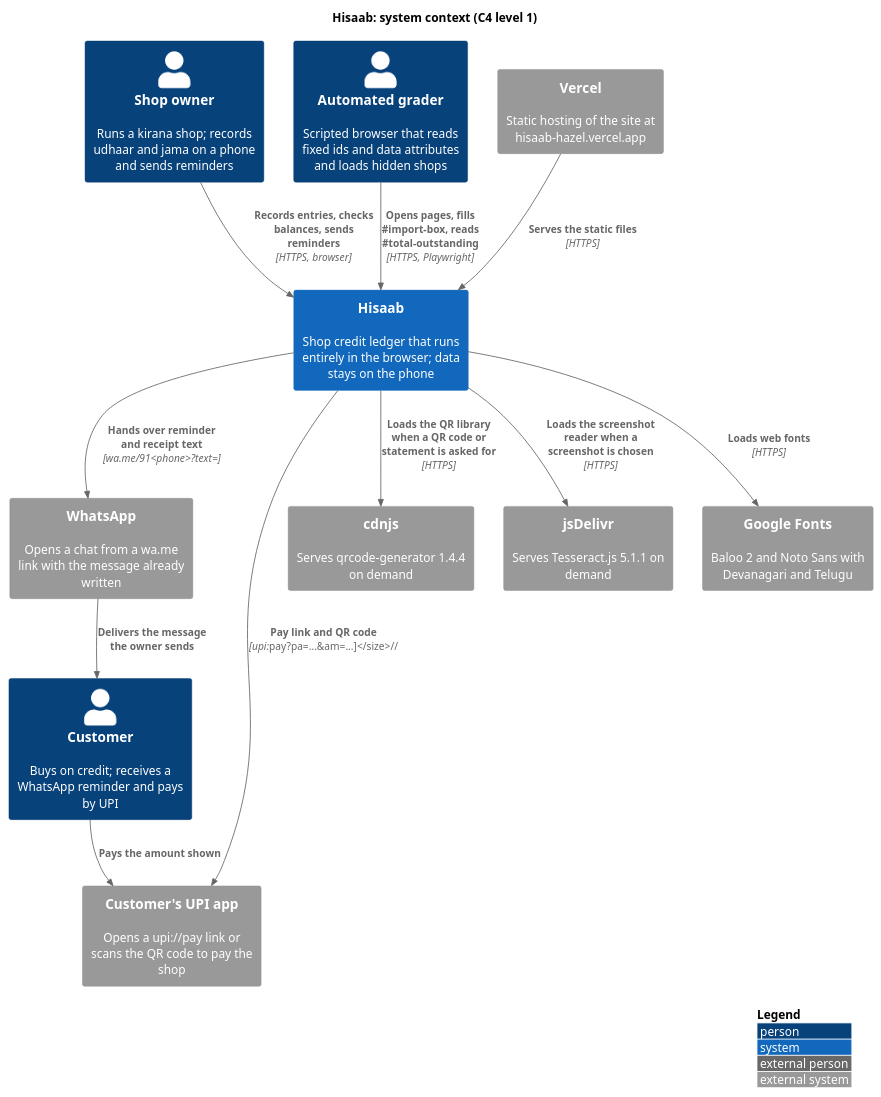
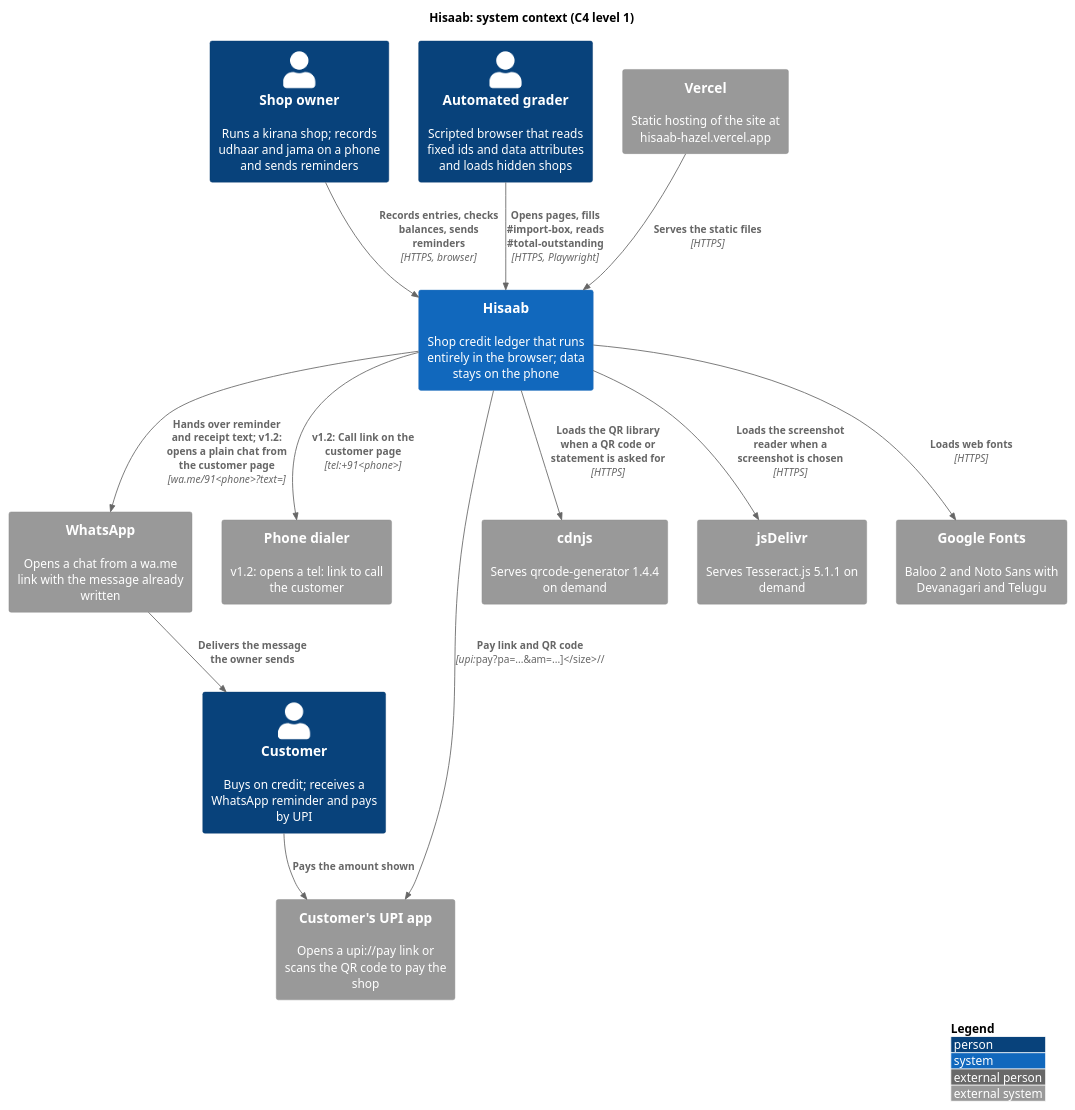
The diagram in docs/diagrams/c4-context.puml (karwasanjay007/hisaab-docs), drawn with PlantUML before and after one commit. The commit also changed 14 other files, not shown here.

First line of the commit message:
Documents checked against the code: diagrams, journeys, requirements and epics corrected to version 1.2.0.0

```diff
--- a/docs/diagrams/c4-context.puml
+++ b/docs/diagrams/c4-context.puml
@@ -1,30 +1,32 @@
 @startuml c4-context
 !include <C4/C4_Context>
 title Hisaab: system context (C4 level 1)
 
 Person(owner, "Shop owner", "Runs a kirana shop; records udhaar and jama on a phone and sends reminders")
 Person(customer, "Customer", "Buys on credit; receives a WhatsApp reminder and pays by UPI")
 Person(grader, "Automated grader", "Scripted browser that reads fixed ids and data attributes and loads hidden shops")
 
 System(hisaab, "Hisaab", "Shop credit ledger that runs entirely in the browser; data stays on the phone")
 
 System_Ext(whatsapp, "WhatsApp", "Opens a chat from a wa.me link with the message already written")
+System_Ext(dialer, "Phone dialer", "v1.2: opens a tel: link to call the customer")
 System_Ext(upi, "Customer's UPI app", "Opens a upi://pay link or scans the QR code to pay the shop")
 System_Ext(vercel, "Vercel", "Static hosting of the site at hisaab-hazel.vercel.app")
 System_Ext(cdnjs, "cdnjs", "Serves qrcode-generator 1.4.4 on demand")
 System_Ext(jsdelivr, "jsDelivr", "Serves Tesseract.js 5.1.1 on demand")
 System_Ext(fonts, "Google Fonts", "Baloo 2 and Noto Sans with Devanagari and Telugu")
 
 Rel(owner, hisaab, "Records entries, checks balances, sends reminders", "HTTPS, browser")
 Rel(grader, hisaab, "Opens pages, fills #import-box, reads #total-outstanding", "HTTPS, Playwright")
-Rel(hisaab, whatsapp, "Hands over reminder and receipt text", "wa.me/91<phone>?text=")
+Rel(hisaab, whatsapp, "Hands over reminder and receipt text; v1.2: opens a plain chat from the customer page", "wa.me/91<phone>?text=")
+Rel(hisaab, dialer, "v1.2: Call link on the customer page", "tel:+91<phone>")
 Rel(whatsapp, customer, "Delivers the message the owner sends")
 Rel(customer, upi, "Pays the amount shown")
 Rel(hisaab, upi, "Pay link and QR code", "upi://pay?pa=...&am=...")
 Rel(vercel, hisaab, "Serves the static files", "HTTPS")
 Rel(hisaab, cdnjs, "Loads the QR library when a QR code or statement is asked for", "HTTPS")
 Rel(hisaab, jsdelivr, "Loads the screenshot reader when a screenshot is chosen", "HTTPS")
 Rel(hisaab, fonts, "Loads web fonts", "HTTPS")
 
 LAYOUT_WITH_LEGEND()
 @enduml
```
